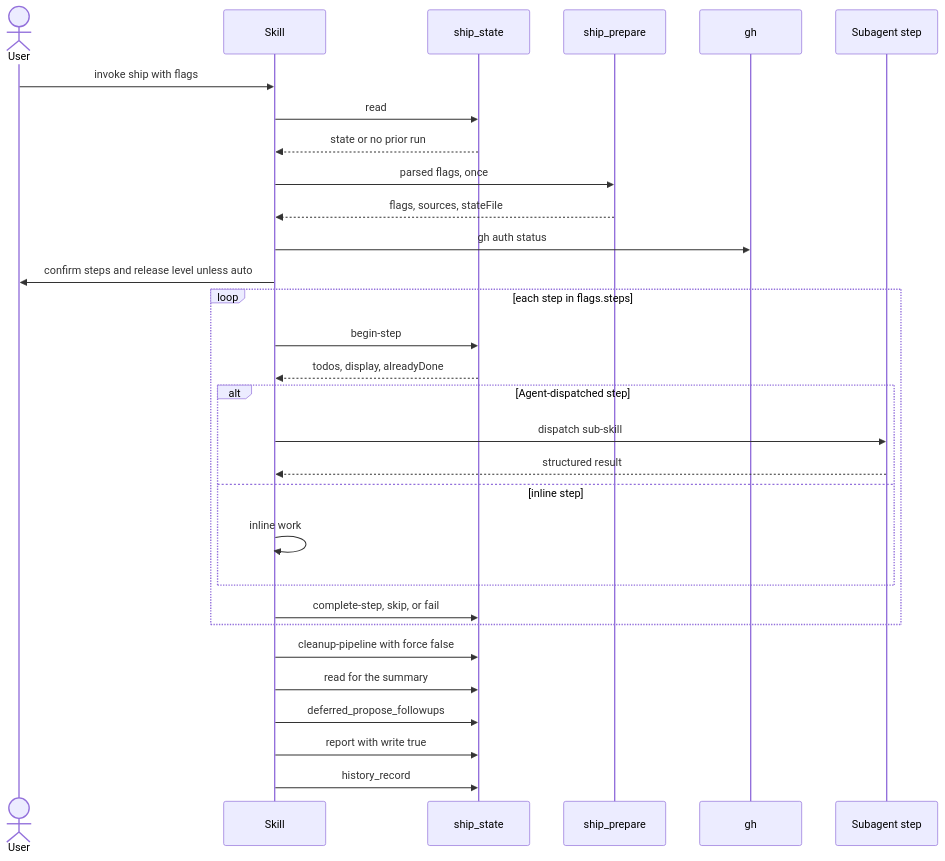
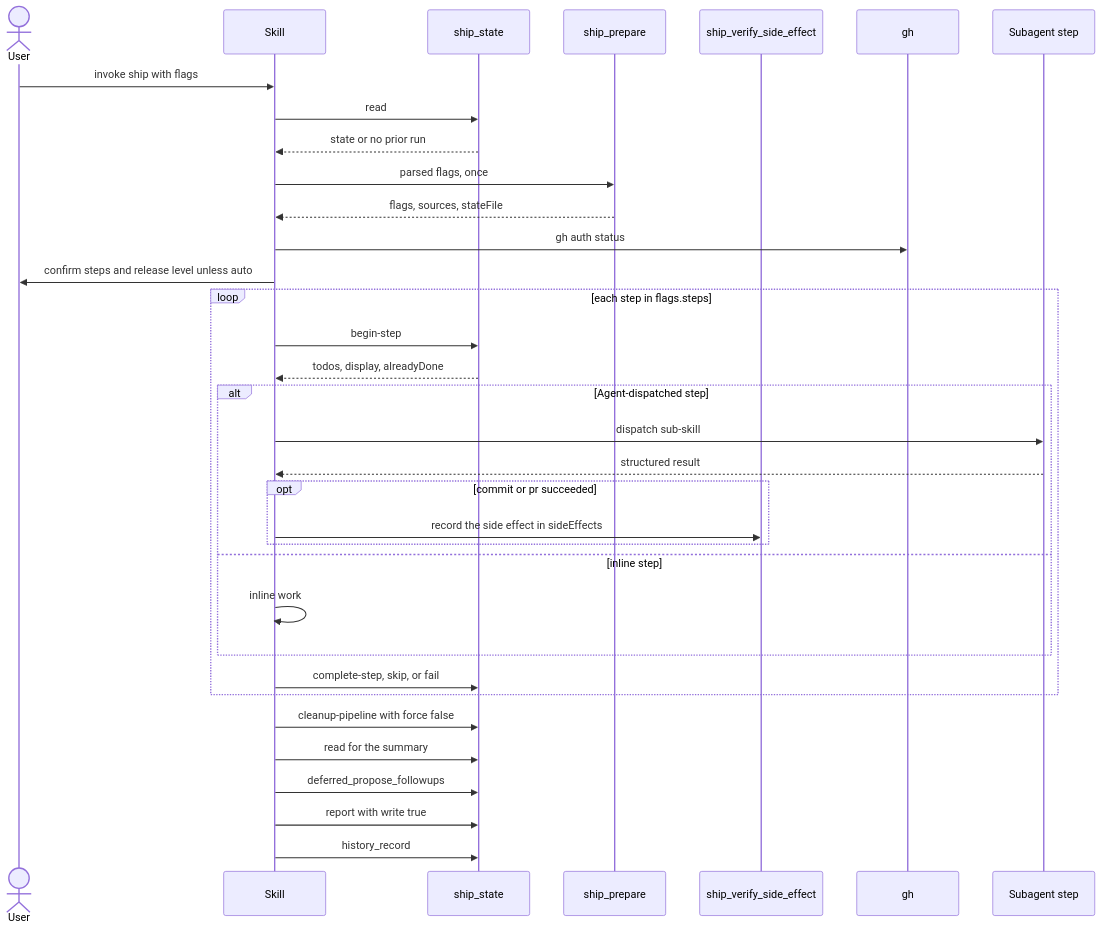
Before and after one commit to rnagrodzki/sdlc-plugin: the diagram in openspec/specs/skill-ship/spec.md, drawn with Mermaid. The commit also changed other lines of this file and 3 other files, not shown here.

First line of the commit message:
fix(ship): record commit and pr side effects during the run

````diff
--- a/openspec/specs/skill-ship/spec.md
+++ b/openspec/specs/skill-ship/spec.md
@@ -160,32 +160,36 @@
 ```mermaid
 sequenceDiagram
     actor User
     participant Skill
     participant ship_state
     participant ship_prepare
+    participant verify as ship_verify_side_effect
     participant gh
     participant Sub as Subagent step
     User->>Skill: invoke ship with flags
     Skill->>ship_state: read
     ship_state-->>Skill: state or no prior run
     Skill->>ship_prepare: parsed flags, once
     ship_prepare-->>Skill: flags, sources, stateFile
     Skill->>gh: gh auth status
     Skill->>User: confirm steps and release level unless auto
     loop each step in flags.steps
         Skill->>ship_state: begin-step
         ship_state-->>Skill: todos, display, alreadyDone
         alt Agent-dispatched step
             Skill->>Sub: dispatch sub-skill
             Sub-->>Skill: structured result
+            opt commit or pr succeeded
+                Skill->>verify: record the side effect in sideEffects
+            end
         else inline step
             Skill->>Skill: inline work
         end
         Skill->>ship_state: complete-step, skip, or fail
     end
     Skill->>ship_state: cleanup-pipeline with force false
     Skill->>ship_state: read for the summary
     Skill->>ship_state: deferred_propose_followups
     Skill->>ship_state: report with write true
     Skill->>ship_state: history_record
 ```
````
